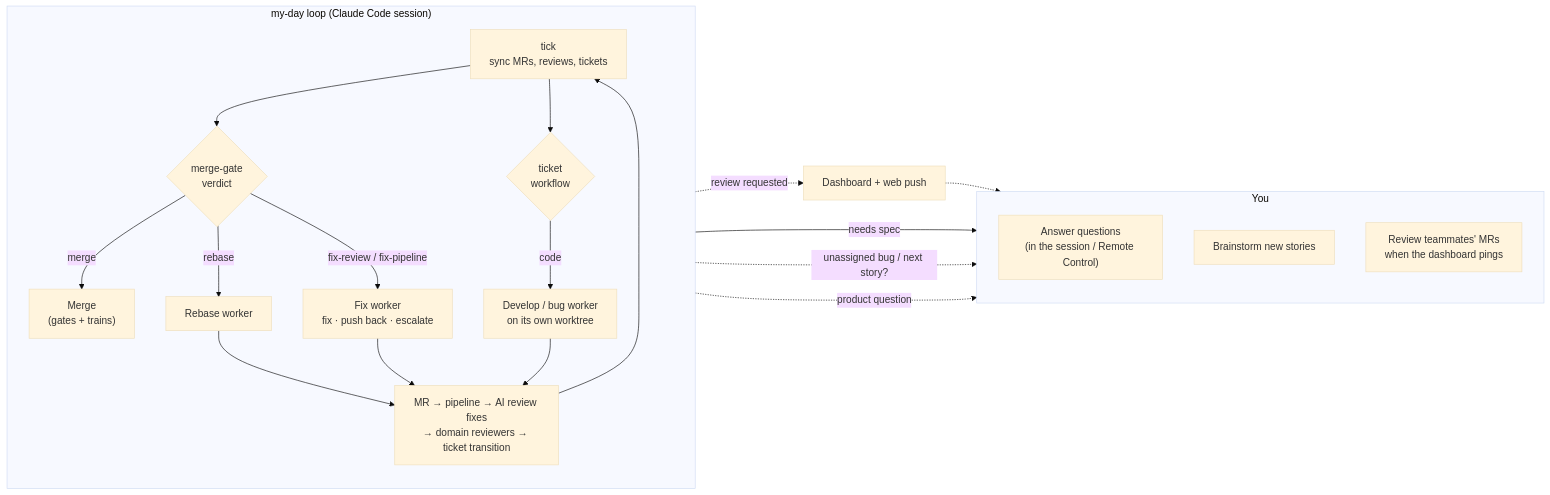
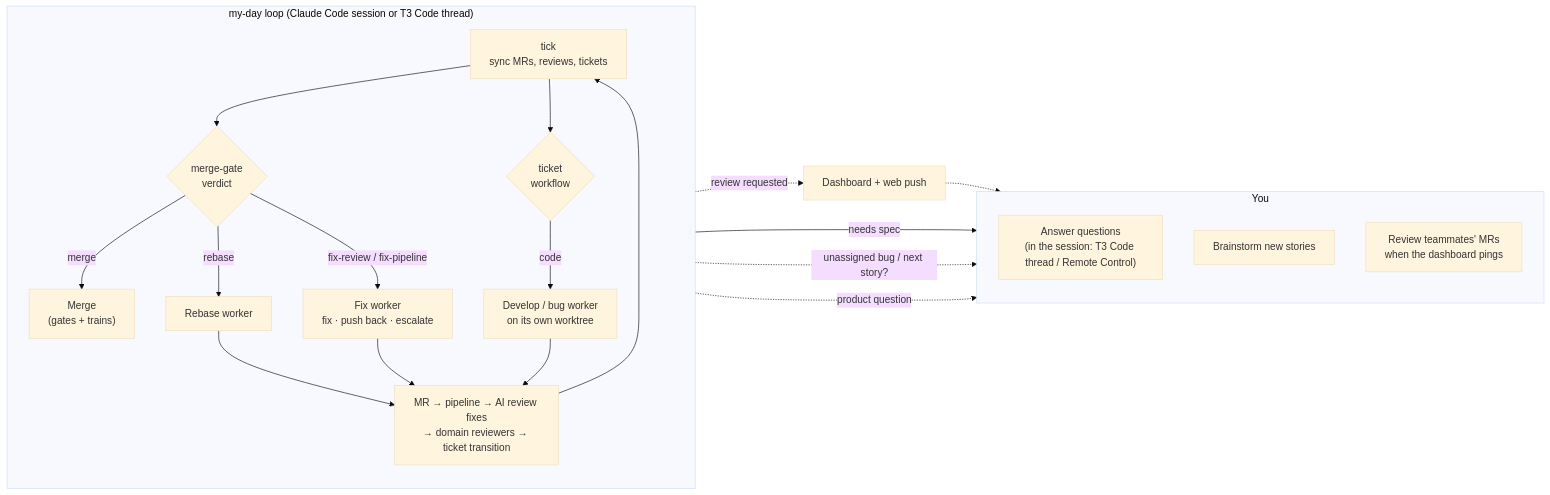
One commit to csutorasr/my-day changed the diagram in README.md. Above: the diagram before and after it, drawn with Mermaid (base theme). The commit also changed other lines of this file and 4 other files, not shown here.

First line of the commit message:
docs: document running my-day in T3 Code

````diff
--- a/README.md
+++ b/README.md
@@ -22,29 +23,29 @@
 ```mermaid
 flowchart LR
   subgraph you["You"]
     direction TB
-    Y1["Answer questions<br/>(in the session / Remote Control)"]
+    Y1["Answer questions<br/>(in the session: T3 Code thread / Remote Control)"]
     Y2["Brainstorm new stories"]
     Y3["Review teammates' MRs<br/>when the dashboard pings"]
   end
 
-  subgraph loop["my-day loop (Claude Code session)"]
+  subgraph loop["my-day loop (Claude Code session or T3 Code thread)"]
     direction TB
     T["tick<br/>sync MRs, reviews, tickets"] --> V{"merge-gate<br/>verdict"}
     V -->|merge| M["Merge<br/>(gates + trains)"]
     V -->|rebase| R["Rebase worker"]
     V -->|fix-review / fix-pipeline| F["Fix worker<br/>fix · push back · escalate"]
     T --> W{"ticket<br/>workflow"}
     W -->|needs spec| Y2
     W -->|code| D["Develop / bug worker<br/>on its own worktree"]
     D --> P["MR → pipeline → AI review fixes<br/>→ domain reviewers → ticket transition"]
     F --> P
     R --> P
     P --> T
   end
 
   T -. "review requested" .-> N["Dashboard + web push"]
   N -.-> Y3
   W -. "unassigned bug / next story?" .-> Y1
   F -. "product question" .-> Y1
 ```
````
